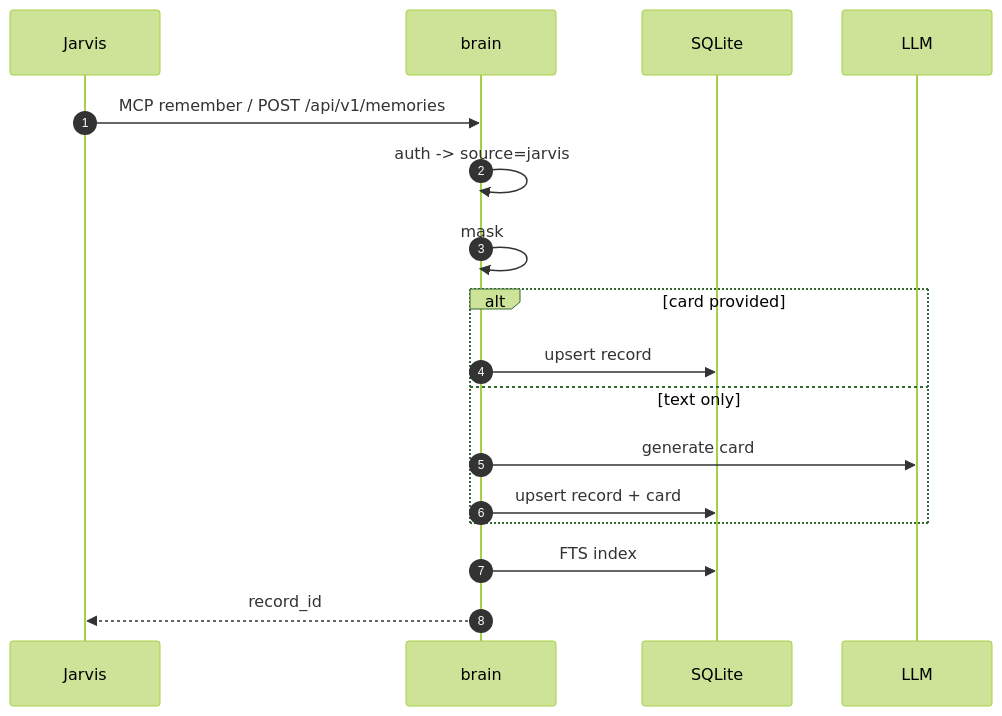
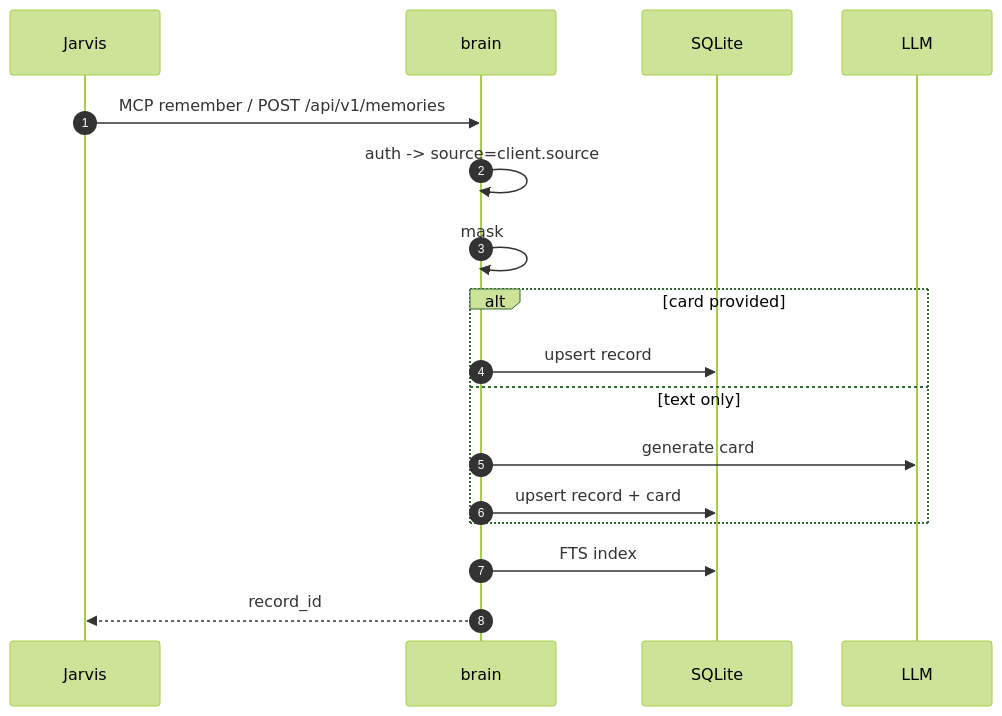
The eighth of 13 diagrams in docs/ARCHITECTURE.md (SeRGei93/meme), drawn with Mermaid (forest theme) before and after one commit. The commit also changed other lines of this file and 45 other files, not shown here.

````diff
--- a/docs/ARCHITECTURE.md
+++ b/docs/ARCHITECTURE.md
@@ -672,20 +672,20 @@
 ```mermaid
 sequenceDiagram
     autonumber
     participant J as Jarvis
     participant BR as brain
     participant DB as SQLite
     participant LLM as LLM
 
     J->>BR: MCP remember / POST /api/v1/memories
-    BR->>BR: auth -> source=jarvis
+    BR->>BR: auth -> source=client.source
     BR->>BR: mask
     alt card provided
         BR->>DB: upsert record
     else text only
         BR->>LLM: generate card
         BR->>DB: upsert record + card
     end
     BR->>DB: FTS index
     BR-->>J: record_id
 ```
````
